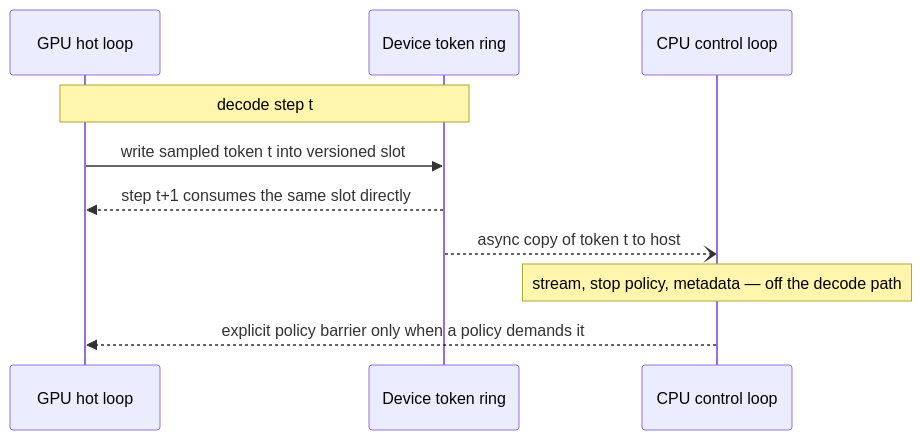
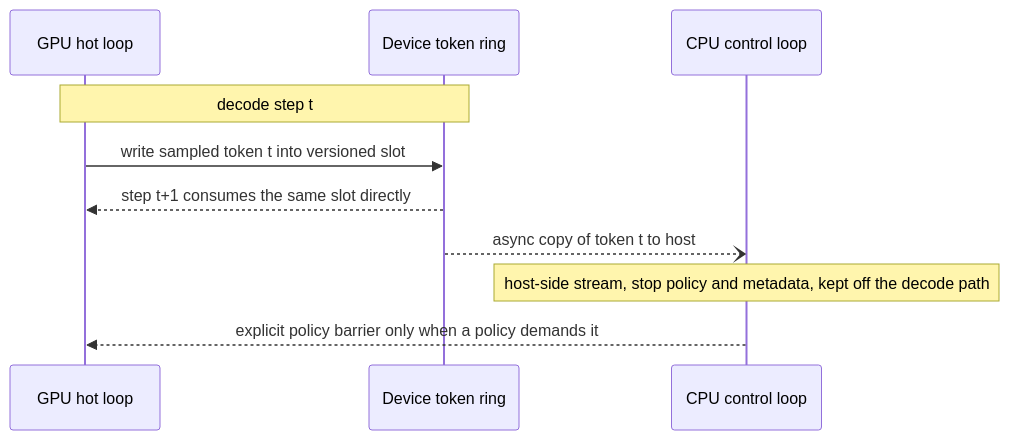
The fifth of 8 diagrams in README.md (dacely-cloud/nerva), drawn with Mermaid before and after one commit. The commit also changed other lines of this file, not shown here.

````diff
--- a/README.md
+++ b/README.md
@@ -205,12 +217,12 @@
 ```mermaid
 sequenceDiagram
     participant G as GPU hot loop
     participant R as Device token ring
     participant C as CPU control loop
     Note over G,R: decode step t
     G->>R: write sampled token t into versioned slot
     R-->>G: step t+1 consumes the same slot directly
     R--)C: async copy of token t to host
-    Note over C: stream, stop policy, metadata — off the decode path
+    Note over C: host-side stream, stop policy and metadata, kept off the decode path
     C-->>G: explicit policy barrier only when a policy demands it
 ```
````
